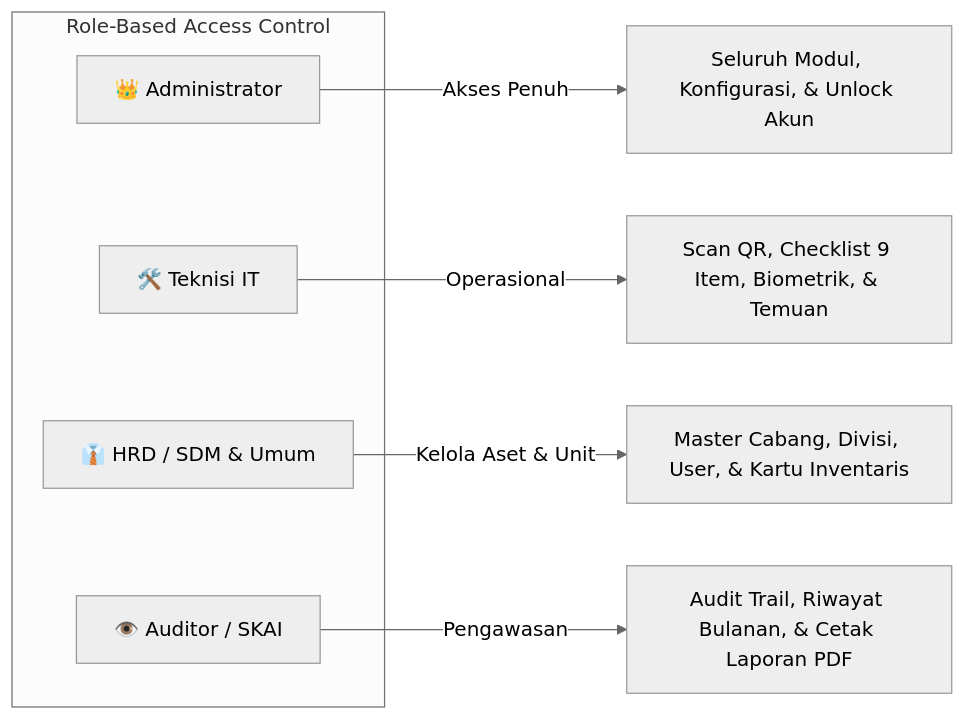
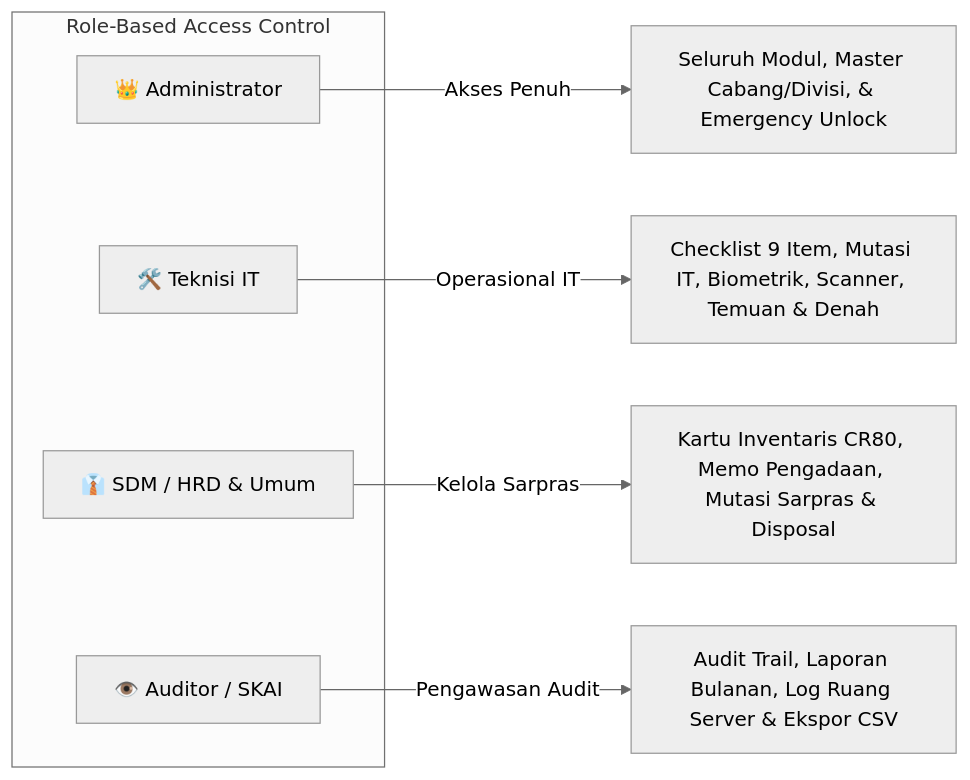
Before and after one commit to anangsuper/Maintenance-QR: the second of 2 diagrams in README.md, drawn with Mermaid (neutral theme). The commit also changed other lines of this file and 2 other files, not shown here.

````diff
--- a/README.md
+++ b/README.md
@@ -240,14 +343,14 @@
 ```mermaid
 graph LR
     subgraph RBAC["Role-Based Access Control"]
         ADM["👑 Administrator"]
         TEK["🛠️ Teknisi IT"]
-        HRD["👔 HRD / SDM & Umum"]
+        HRD["👔 SDM / HRD & Umum"]
         AUD["👁️ Auditor / SKAI"]
     end
 
-    ADM -->|"Akses Penuh"| ALL["Seluruh Modul, Konfigurasi, & Unlock Akun"]
-    TEK -->|"Operasional"| OPS["Scan QR, Checklist 9 Item, Biometrik, & Temuan"]
-    HRD -->|"Kelola Aset & Unit"| MGT["Master Cabang, Divisi, User, & Kartu Inventaris"]
-    AUD -->|"Pengawasan"| MON["Audit Trail, Riwayat Bulanan, & Cetak Laporan PDF"]
+    ADM -->|"Akses Penuh"| ALL["Seluruh Modul, Master Cabang/Divisi, & Emergency Unlock"]
+    TEK -->|"Operasional IT"| OPS["Checklist 9 Item, Mutasi IT, Biometrik, Scanner, Temuan & Denah"]
+    HRD -->|"Kelola Sarpras"| SAR["Kartu Inventaris CR80, Memo Pengadaan, Mutasi Sarpras & Disposal"]
+    AUD -->|"Pengawasan Audit"| MON["Audit Trail, Laporan Bulanan, Log Ruang Server & Ekspor CSV"]
 ```
````
